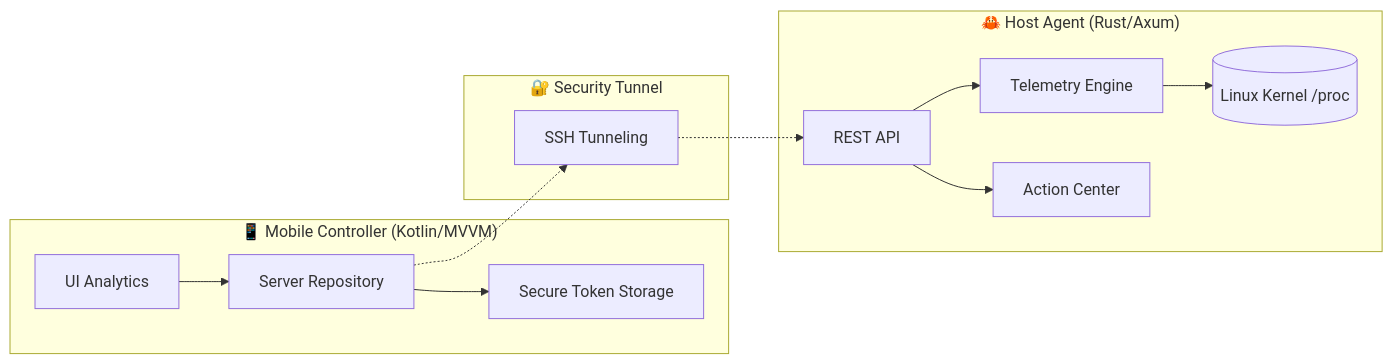
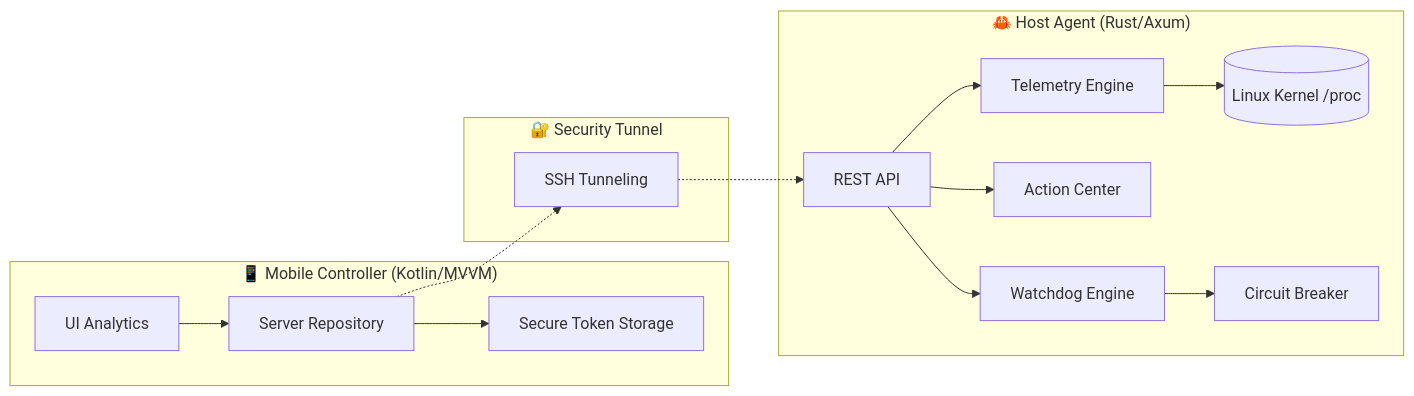
The diagram in README.md (Munique-Feitoza/server-controller), drawn with Mermaid before and after one commit. The commit also changed other lines of this file and 28 other files, not shown here.

````diff
--- a/README.md
+++ b/README.md
@@ -25,19 +26,21 @@
 ```mermaid
 graph LR
     subgraph "📱 Mobile Controller (Kotlin/MVVM)"
         A[UI Analytics] --> B[Server Repository]
         B --> C[Secure Token Storage]
     end
     
     subgraph "🔐 Security Tunnel"
         D[SSH Tunneling]
     end
     
     subgraph "🦀 Host Agent (Rust/Axum)"
         E[REST API] --> F[Telemetry Engine]
         F --> G[(Linux Kernel /proc)]
         E --> H[Action Center]
+        E --> I[Watchdog Engine]
+        I --> J[Circuit Breaker]
     end
 
     B -.-> D -.-> E
 ```
````
